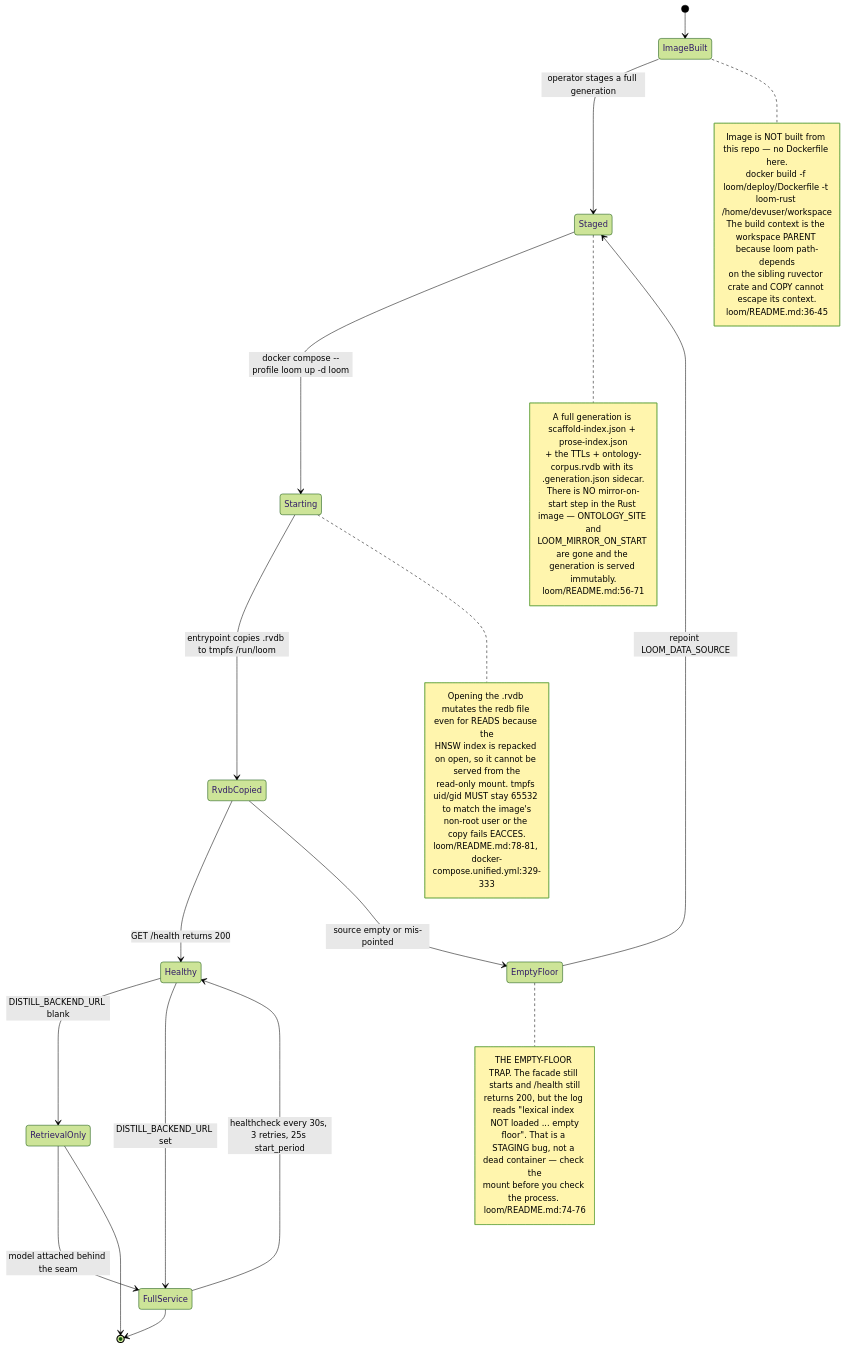
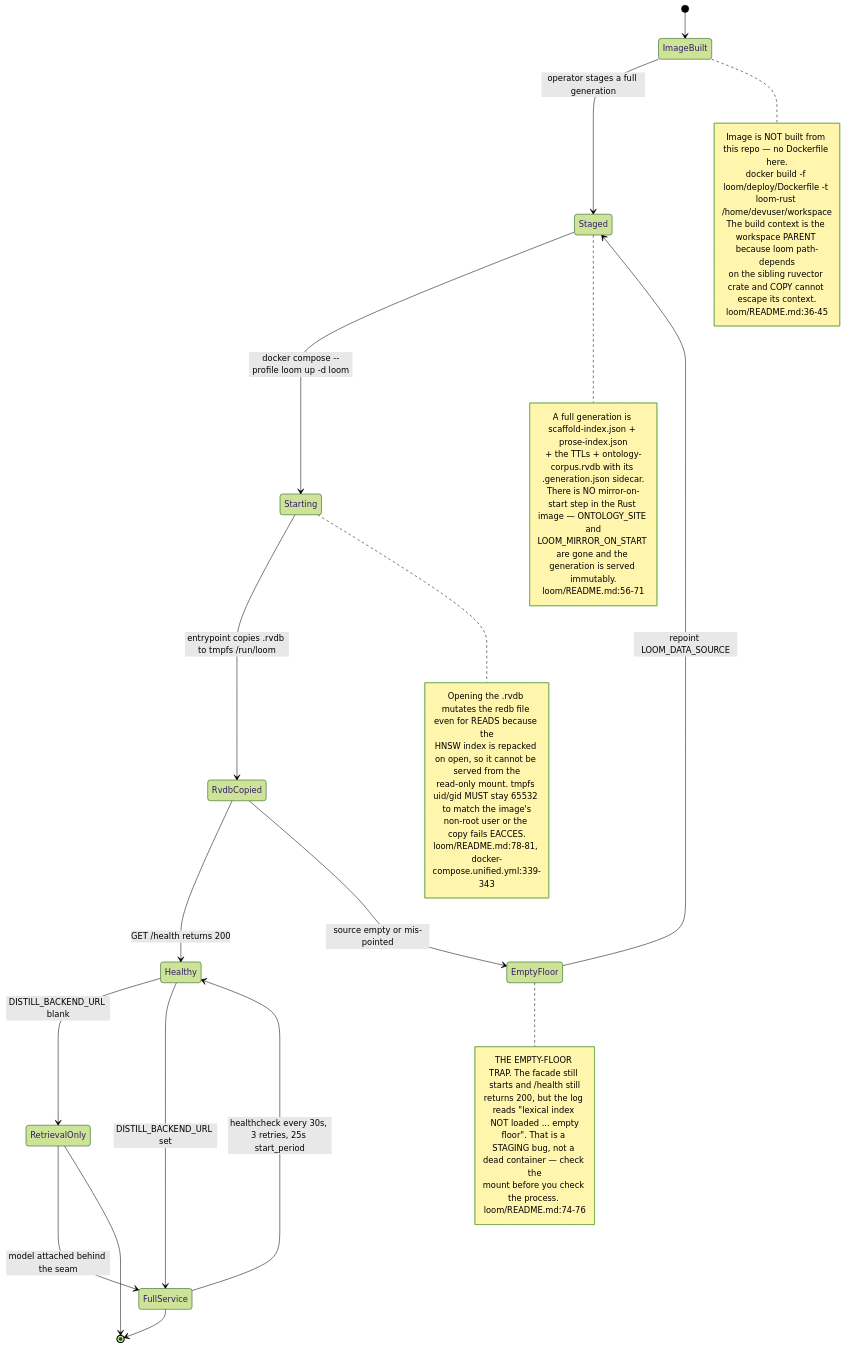
Before and after one commit to DreamLab-AI/AR-AI-Knowledge-Graph: the eighth of 9 diagrams in docs/diagrams/agentbox/24-loom-facade.md, drawn with Mermaid (forest theme). The commit also changed other lines of this file and 73 other files, not shown here.

First line of the commit message:
docs(diagrams): re-verify all 71 topic files against HEAD; add --cite-check

````diff
--- a/docs/diagrams/agentbox/24-loom-facade.md
+++ b/docs/diagrams/agentbox/24-loom-facade.md
@@ -331,43 +331,43 @@
 ```mermaid
 stateDiagram-v2
     [*] --> ImageBuilt
     ImageBuilt --> Staged : operator stages a full generation
     note right of ImageBuilt
         Image is NOT built from this repo — no Dockerfile here.
         docker build -f loom/deploy/Dockerfile -t loom-rust /home/devuser/workspace
         The build context is the workspace PARENT because loom path-depends
         on the sibling ruvector crate and COPY cannot escape its context.
         loom/README.md:36-45
     end note
     Staged --> Starting : docker compose --profile loom up -d loom
     note right of Staged
         A full generation is scaffold-index.json + prose-index.json
         + the TTLs + ontology-corpus.rvdb with its .generation.json sidecar.
         There is NO mirror-on-start step in the Rust image — ONTOLOGY_SITE and
         LOOM_MIRROR_ON_START are gone and the generation is served immutably.
         loom/README.md:56-71
     end note
     Starting --> RvdbCopied : entrypoint copies .rvdb to tmpfs /run/loom
     note right of Starting
         Opening the .rvdb mutates the redb file even for READS because the
         HNSW index is repacked on open, so it cannot be served from the
         read-only mount. tmpfs uid/gid MUST stay 65532 to match the image's
         non-root user or the copy fails EACCES.
-        loom/README.md:78-81, docker-compose.unified.yml:329-333
+        loom/README.md:78-81, docker-compose.unified.yml:339-343
     end note
     RvdbCopied --> Healthy : GET /health returns 200
     RvdbCopied --> EmptyFloor : source empty or mis-pointed
     note right of EmptyFloor
         THE EMPTY-FLOOR TRAP. The facade still starts and /health still
         returns 200, but the log reads "lexical index NOT loaded ... empty
         floor". That is a STAGING bug, not a dead container — check the
         mount before you check the process. loom/README.md:74-76
     end note
     EmptyFloor --> Staged : repoint LOOM_DATA_SOURCE
     Healthy --> RetrievalOnly : DISTILL_BACKEND_URL blank
     Healthy --> FullService : DISTILL_BACKEND_URL set
     RetrievalOnly --> FullService : model attached behind the seam
     FullService --> Healthy : healthcheck every 30s, 3 retries, 25s start_period
     RetrievalOnly --> [*]
     FullService --> [*]
 ```
````
